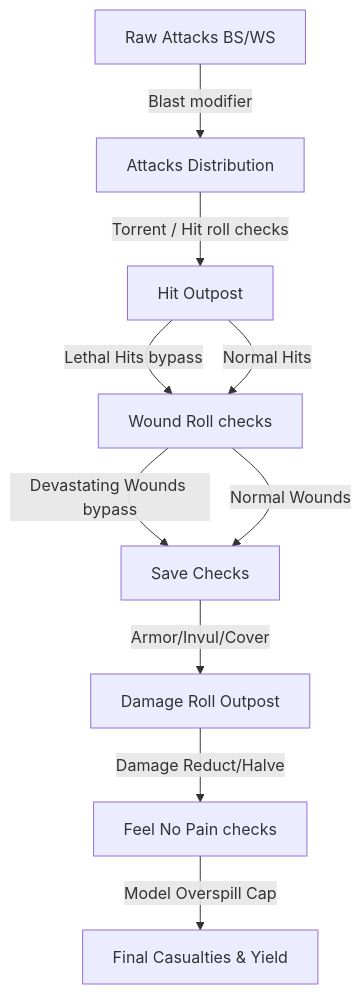
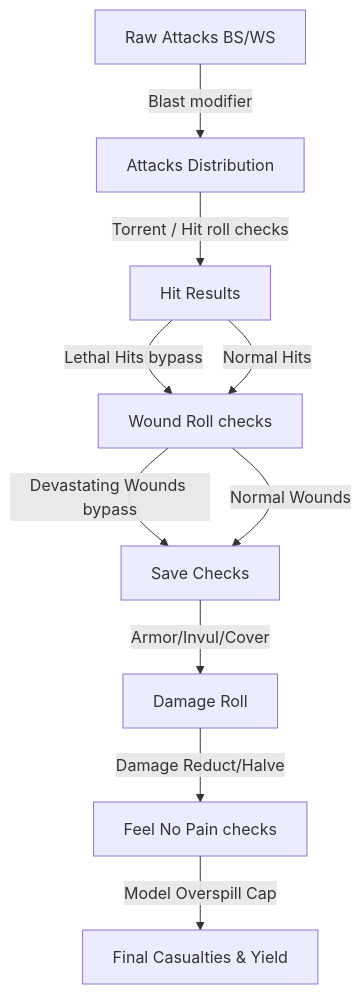
One commit to georgestephanis/tactical-cognis changed the diagram in docs/mathhammer_engine.md. Above: the diagram before and after it, drawn with Mermaid. The commit also changed other lines of this file and 13 other files, not shown here.

````diff
--- a/docs/mathhammer_engine.md
+++ b/docs/mathhammer_engine.md
@@ -46,12 +46,12 @@
 ```mermaid
 graph TD
     A[Raw Attacks BS/WS] -->|Blast modifier| B[Attacks Distribution]
-    B -->|Torrent / Hit roll checks| C[Hit Outpost]
+    B -->|Torrent / Hit roll checks| C[Hit Results]
     C -->|Lethal Hits bypass| D[Wound Roll checks]
     C -->|Normal Hits| D
     D -->|Devastating Wounds bypass| E[Save Checks]
     D -->|Normal Wounds| E
-    E -->|Armor/Invul/Cover| F[Damage Roll Outpost]
+    E -->|Armor/Invul/Cover| F[Damage Roll]
     F -->|Damage Reduct/Halve| G[Feel No Pain checks]
     G -->|Model Overspill Cap| H[Final Casualties & Yield]
 ```
````
